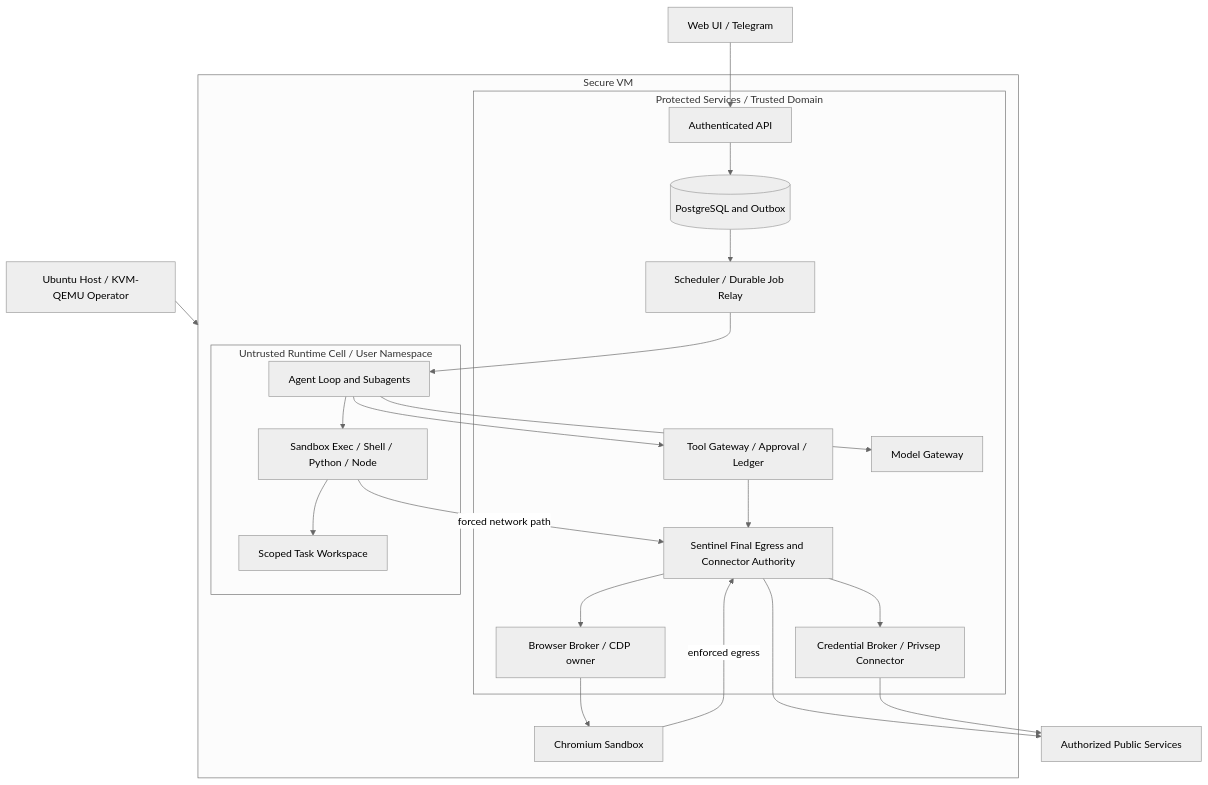
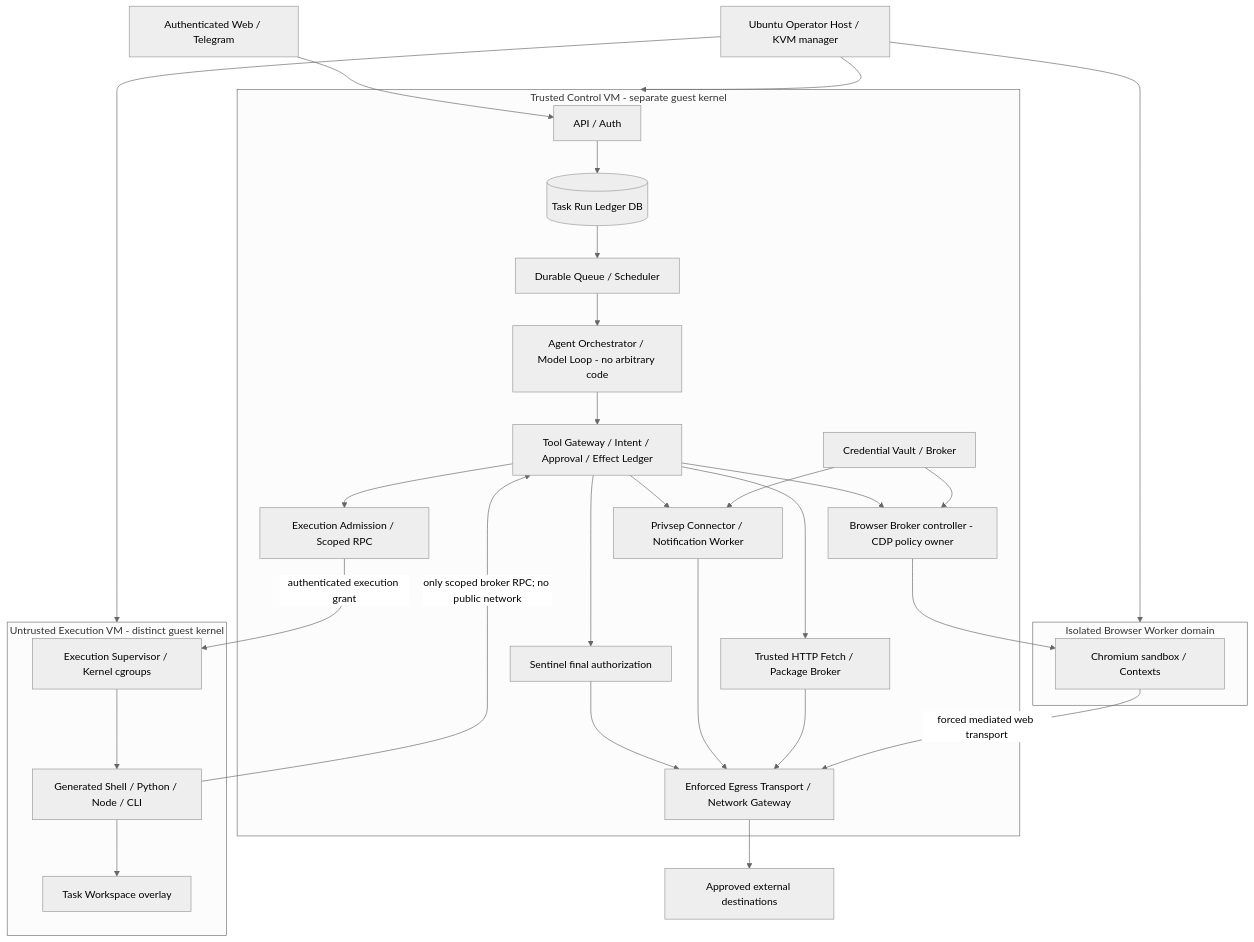
One commit to choko510/aiagent-md changed the first of 2 diagrams in docs/00-foundation/system-architecture.md. Above: the diagram before and after it, drawn with Mermaid (neutral theme). The commit also changed other lines of this file and 3 other files, not shown here.

Commit message:
docs(security): P0 separate trusted/untrusted VM guests and enforce all egress paths

```diff
--- a/docs/00-foundation/system-architecture.md
+++ b/docs/00-foundation/system-architecture.md
@@ -5,27 +7,40 @@
 ~~~mermaid
 flowchart TB
-    OP[Ubuntu Host / KVM-QEMU Operator] --> VM[Secure VM]
-    U[Web UI / Telegram] --> API
-    subgraph VM [Secure VM]
-      subgraph PROTECTED [Protected Services / Trusted Domain]
-        API[Authenticated API] --> PG[(PostgreSQL and Outbox)]
-        PG --> Q[Scheduler / Durable Job Relay]
-        GW[Tool Gateway / Approval / Ledger] --> SENT[Sentinel Final Egress and Connector Authority]
-        SENT --> AUTH[Credential Broker / Privsep Connector]
-        SENT --> BB[Browser Broker / CDP owner]
-        MODEL[Model Gateway]
-      end
-      subgraph CELL [Untrusted Runtime Cell / User Namespace]
-        AR[Agent Loop and Subagents] --> EXEC[Sandbox Exec / Shell / Python / Node]
-        EXEC --> WS[Scoped Task Workspace]
-      end
-      Q --> AR
-      AR --> GW
-      AR --> MODEL
-      EXEC -->|forced network path| SENT
-      BB --> CH[Chromium Sandbox]
-      CH -->|enforced egress| SENT
-    end
-    SENT --> INTERNET[Authorized Public Services]
-    AUTH --> INTERNET
+  OP[Ubuntu Operator Host / KVM manager]
+  U[Authenticated Web / Telegram]
+  subgraph T[Trusted Control VM - separate guest kernel]
+    API[API / Auth] --> DB[(Task Run Ledger DB)]
+    DB --> Q[Durable Queue / Scheduler]
+    Q --> AR[Agent Orchestrator / Model Loop - no arbitrary code]
+    AR --> GW[Tool Gateway / Intent / Approval / Effect Ledger]
+    GW --> SENT[Sentinel final authorization]
+    GW --> EXECADMIT[Execution Admission / Scoped RPC]
+    GW --> BCTRL[Browser Broker controller - CDP policy owner]
+    GW --> CONN[Privsep Connector / Notification Worker]
+    GW --> FETCH[Trusted HTTP Fetch / Package Broker]
+    CRED[Credential Vault / Broker] --> CONN
+    CRED --> BCTRL
+    SENT --> NET[Enforced Egress Transport / Network Gateway]
+    CONN --> NET
+    FETCH --> NET
+  end
+  subgraph X[Untrusted Execution VM - distinct guest kernel]
+    SUP[Execution Supervisor / Kernel cgroups]
+    CELL[Generated Shell / Python / Node / CLI]
+    WS[Task Workspace overlay]
+    SUP --> CELL
+    CELL --> WS
+  end
+  subgraph B[Isolated Browser Worker domain]
+    BW[Chromium sandbox / Contexts]
+  end
+  OP --> T
+  OP --> X
+  OP --> B
+  U --> API
+  EXECADMIT -->|authenticated execution grant| SUP
+  CELL -->|only scoped broker RPC; no public network| GW
+  BCTRL --> BW
+  BW -->|forced mediated web transport| NET
+  NET --> WEB[Approved external destinations]
 ~~~
```
